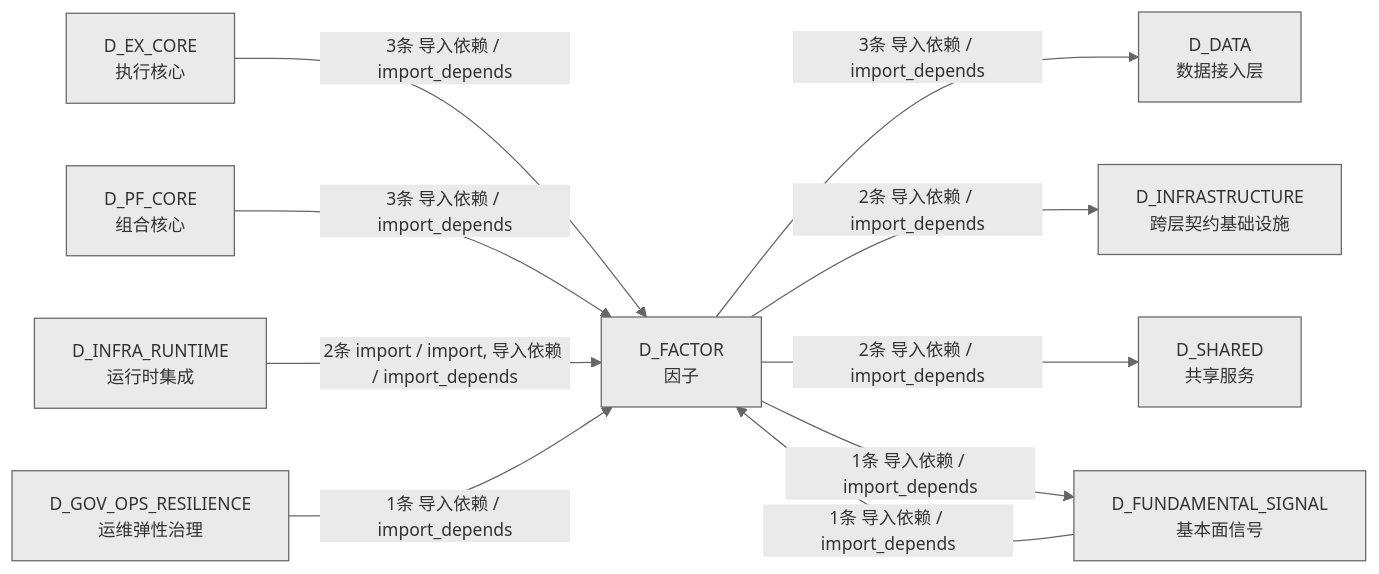
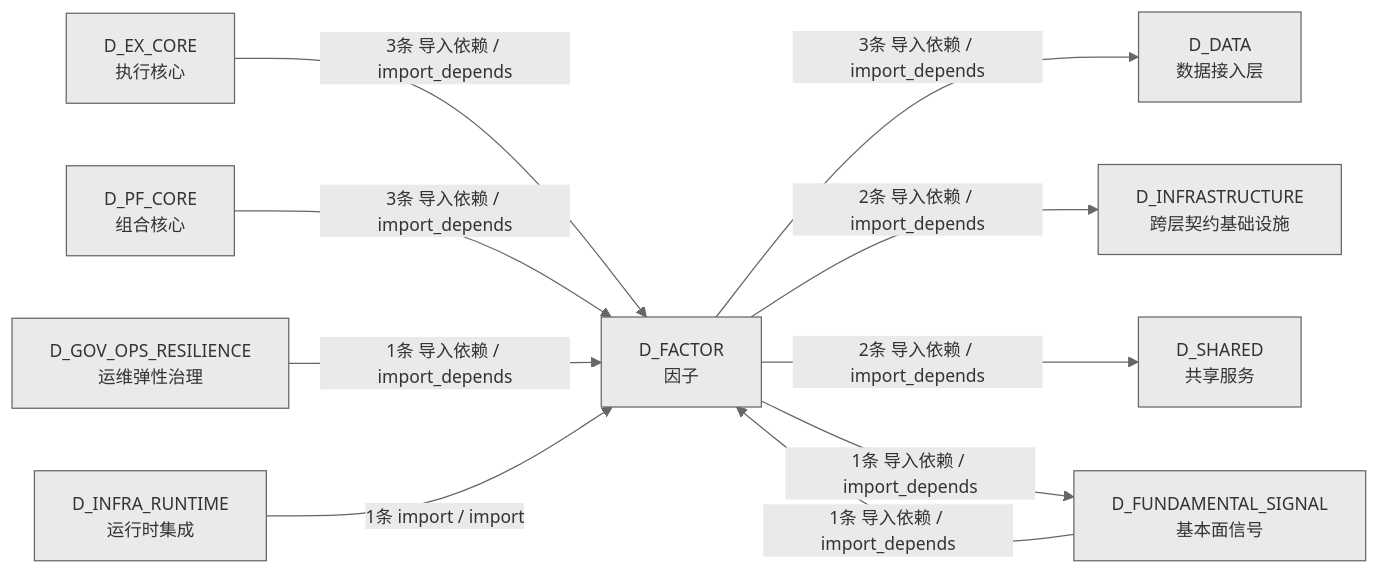
Before and after one commit to xuanFelixVan/ZephyrAlpha: the fourth of 4 diagrams in docs/02_enterprise_architecture/02_domain_architecture_docs/46_d_factor.md, drawn with Mermaid. The commit also changed other lines of this file and 40 other files, not shown here.

````diff
--- a/docs/02_enterprise_architecture/02_domain_architecture_docs/46_d_factor.md
+++ b/docs/02_enterprise_architecture/02_domain_architecture_docs/46_d_factor.md
@@ -383,22 +381,22 @@
 ```mermaid
 %%{init: {'theme': 'base', 'themeVariables': {'primaryColor': '#eaeaea', 'primaryTextColor': '#333333', 'primaryBorderColor': '#666666', 'lineColor': '#666666', 'secondaryColor': '#eaeaea', 'tertiaryColor': '#eaeaea', 'fontSize': '14px'}}}%%
 graph LR
     D_FACTOR["D_FACTOR<br/>因子"]
     D_DATA["D_DATA<br/>数据接入层"]
     D_INFRASTRUCTURE["D_INFRASTRUCTURE<br/>跨层契约基础设施"]
     D_SHARED["D_SHARED<br/>共享服务"]
     D_FUNDAMENTAL_SIGNAL["D_FUNDAMENTAL_SIGNAL<br/>基本面信号"]
     D_EX_CORE["D_EX_CORE<br/>执行核心"]
     D_PF_CORE["D_PF_CORE<br/>组合核心"]
+    D_GOV_OPS_RESILIENCE["D_GOV_OPS_RESILIENCE<br/>运维弹性治理"]
     D_INFRA_RUNTIME["D_INFRA_RUNTIME<br/>运行时集成"]
-    D_GOV_OPS_RESILIENCE["D_GOV_OPS_RESILIENCE<br/>运维弹性治理"]
     D_FACTOR -->|3条 导入依赖 / import_depends| D_DATA
     D_FACTOR -->|2条 导入依赖 / import_depends| D_INFRASTRUCTURE
     D_FACTOR -->|2条 导入依赖 / import_depends| D_SHARED
     D_FACTOR -->|1条 导入依赖 / import_depends| D_FUNDAMENTAL_SIGNAL
     D_EX_CORE -->|3条 导入依赖 / import_depends| D_FACTOR
     D_PF_CORE -->|3条 导入依赖 / import_depends| D_FACTOR
-    D_INFRA_RUNTIME -->|2条 import / import, 导入依赖 / import_depends| D_FACTOR
     D_FUNDAMENTAL_SIGNAL -->|1条 导入依赖 / import_depends| D_FACTOR
     D_GOV_OPS_RESILIENCE -->|1条 导入依赖 / import_depends| D_FACTOR
+    D_INFRA_RUNTIME -->|1条 import / import| D_FACTOR
 ```
````
